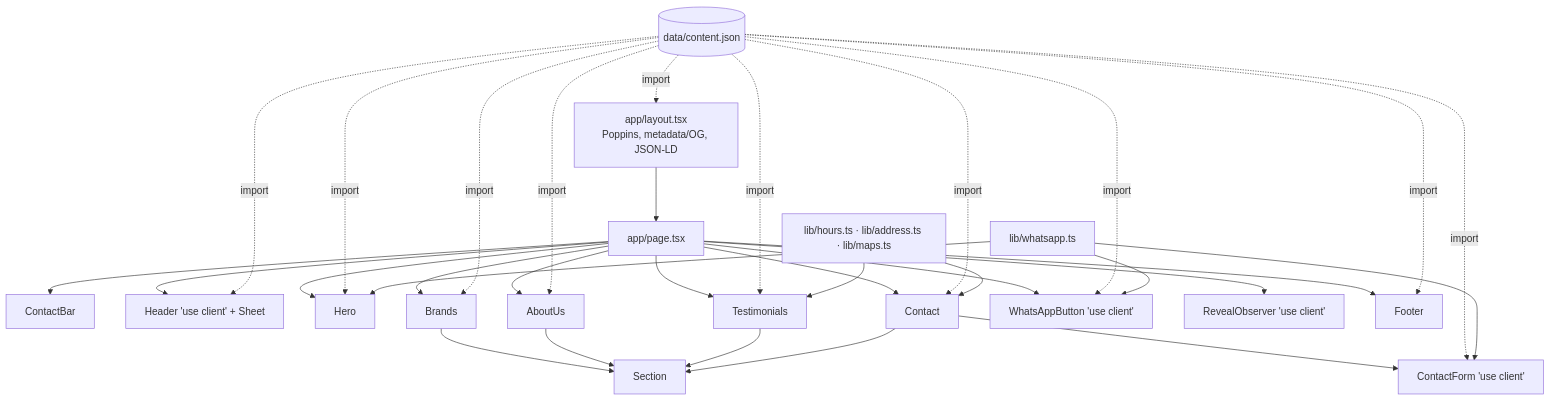
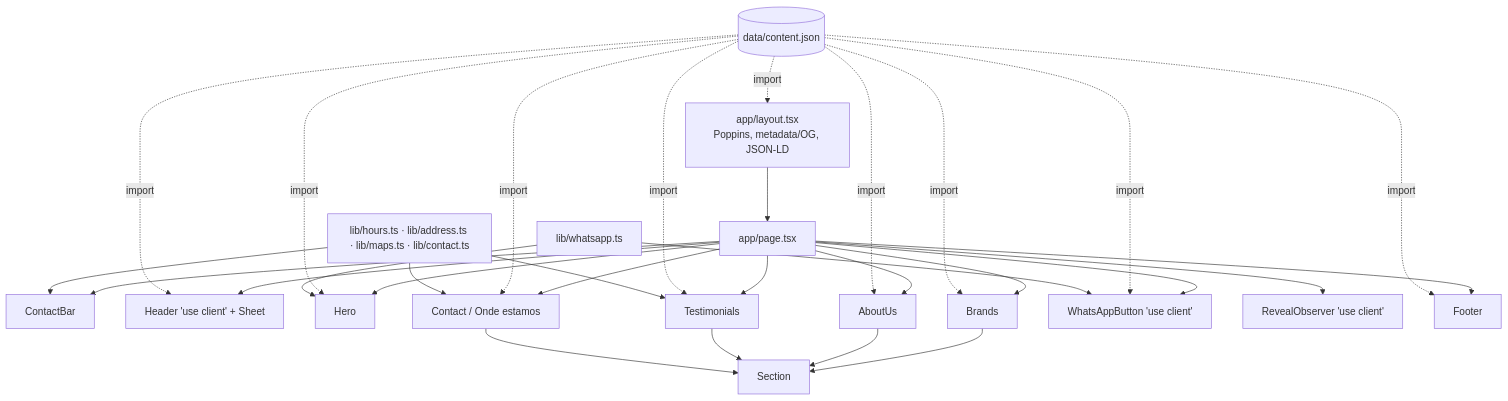
Before and after one commit to Lima08/Galmar: the diagram in .specs/codebase/ARCHITECTURE.md, drawn with Mermaid. The commit also changed other lines of this file and 7 other files, not shown here.

````diff
--- a/.specs/codebase/ARCHITECTURE.md
+++ b/.specs/codebase/ARCHITECTURE.md
@@ -7,19 +7,18 @@
 ```mermaid
 graph TD
   L[app/layout.tsx<br/>Poppins, metadata/OG, JSON-LD] --> P[app/page.tsx]
   P --> CB[ContactBar]
   P --> H[Header 'use client' + Sheet]
   P --> Hero
   P --> Brands
   P --> AboutUs
   P --> Testimonials
-  P --> C[Contact]
-  C --> CF[ContactForm 'use client']
+  P --> C[Contact / Onde estamos]
   P --> W[WhatsAppButton 'use client']
   P --> R[RevealObserver 'use client']
   Brands & AboutUs & Testimonials & C --> S[Section]
   P --> F[Footer]
-  JSON[(data/content.json)] -.import.-> L & H & Hero & Brands & AboutUs & Testimonials & C & CF & W & F
-  WA[lib/whatsapp.ts] --> CF & W & Hero
-  LIB[lib/hours.ts · lib/address.ts · lib/maps.ts] --> C & Testimonials
+  JSON[(data/content.json)] -.import.-> L & H & Hero & Brands & AboutUs & Testimonials & C & W & F
+  WA[lib/whatsapp.ts] --> W & Hero
+  LIB[lib/hours.ts · lib/address.ts · lib/maps.ts · lib/contact.ts] --> C & Testimonials & CB
 ```
````
